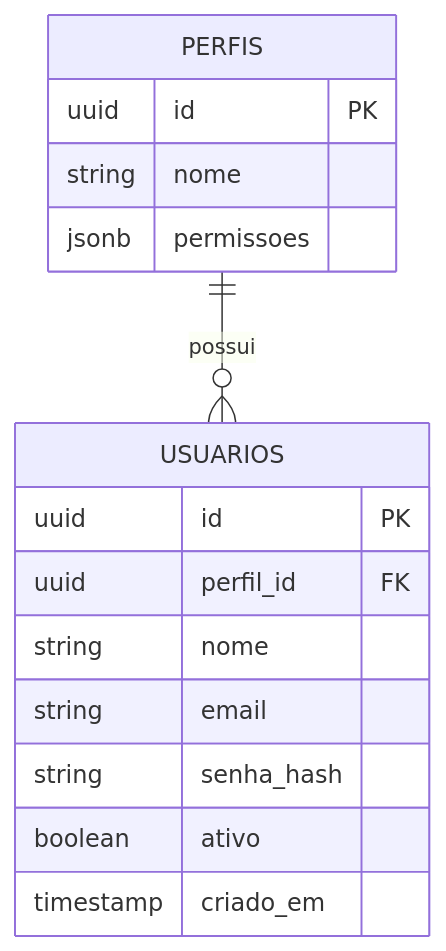
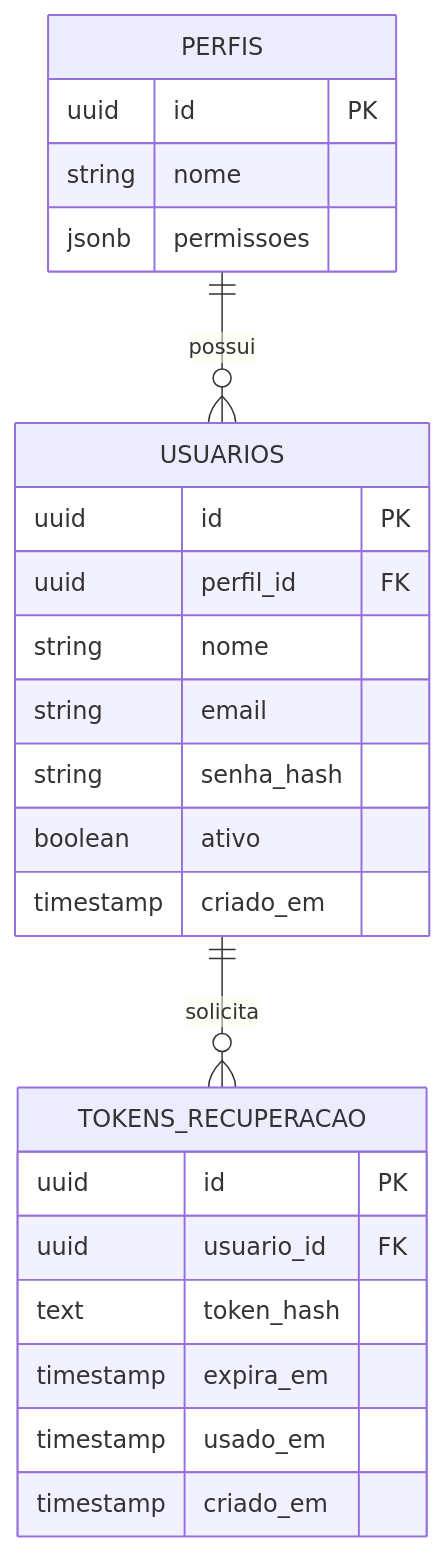
Before and after one commit to EduFerreira13/Arkos-Farmacia: the first of 6 diagrams in docs/MODELO-DADOS.md, drawn with Mermaid. The commit also changed other lines of this file, not shown here.

First line of the commit message:
docs: sincroniza MODELO-DADOS.md com o schema real do banco

````diff
--- a/docs/MODELO-DADOS.md
+++ b/docs/MODELO-DADOS.md
@@ -11,18 +11,27 @@
 ```mermaid
 erDiagram
   PERFIS ||--o{ USUARIOS : possui
+  USUARIOS ||--o{ TOKENS_RECUPERACAO : solicita
   PERFIS {
     uuid id PK
     string nome
     jsonb permissoes
   }
   USUARIOS {
     uuid id PK
     uuid perfil_id FK
     string nome
     string email
     string senha_hash
     boolean ativo
     timestamp criado_em
   }
+  TOKENS_RECUPERACAO {
+    uuid id PK
+    uuid usuario_id FK
+    text token_hash
+    timestamp expira_em
+    timestamp usado_em
+    timestamp criado_em
+  }
 ```
````
